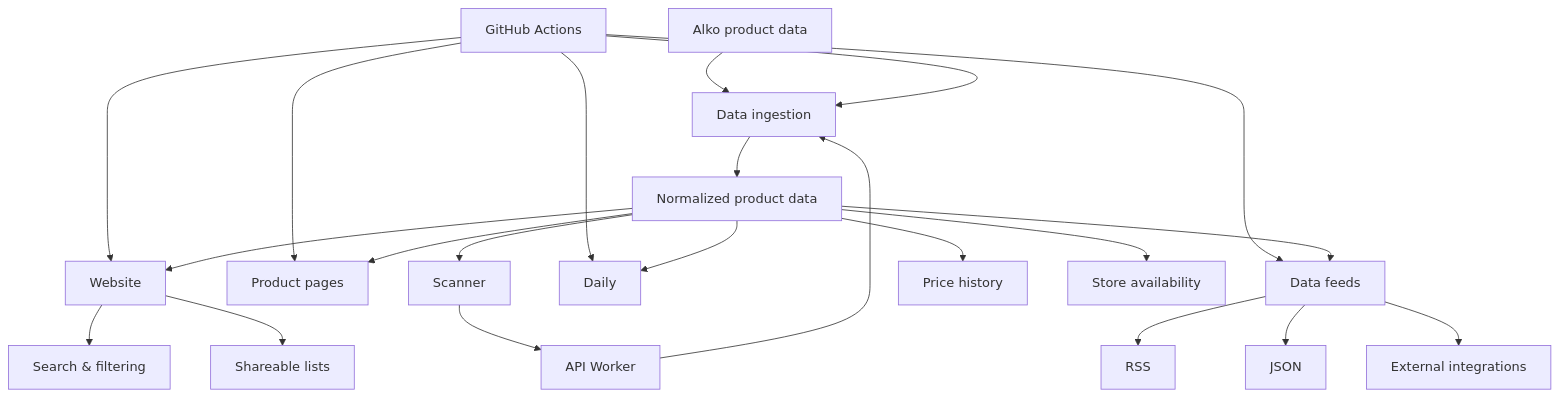
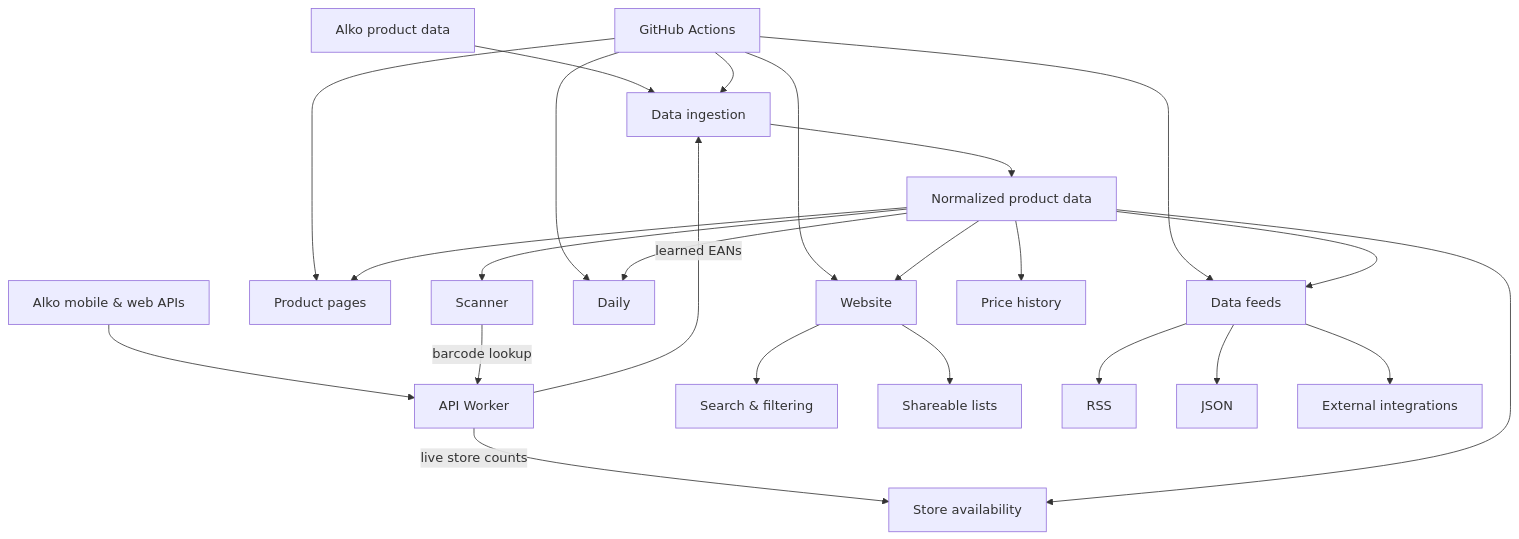
The first of 2 diagrams in README.md (leevilaukka/alkometriikka), drawn with Mermaid before and after one commit. The commit also changed other lines of this file, not shown here.

Commit message:
docs: describe API worker in readme

````diff
--- a/README.md
+++ b/README.md
@@ -30,29 +30,31 @@
 ```mermaid
 flowchart TD
     A[Alko product data] --> B[Data ingestion]
     B --> C[Normalized product data]
 
     P[GitHub Actions] --> B
     P --> D[Website]
     P --> E[Product pages]
     P --> F[Data feeds]
     P --> I[Daily]
 
-    Q[Scanner] --> R[API Worker]
-    R --> B
+    S[Alko mobile & web APIs] --> R[API Worker]
+    Q[Scanner] -->|barcode lookup| R
+    R -->|learned EANs| B
+    R -->|live store counts| H
 
     C --> D
     C --> Q
     C --> E
     C --> F
     C --> G[Price history]
     C --> H[Store availability]
     C --> I[Daily]
 
     D --> J[Search & filtering]
     D --> K[Shareable lists]
 
     F --> L[RSS]
     F --> M[JSON]
     F --> N[External integrations]
 ```
````
